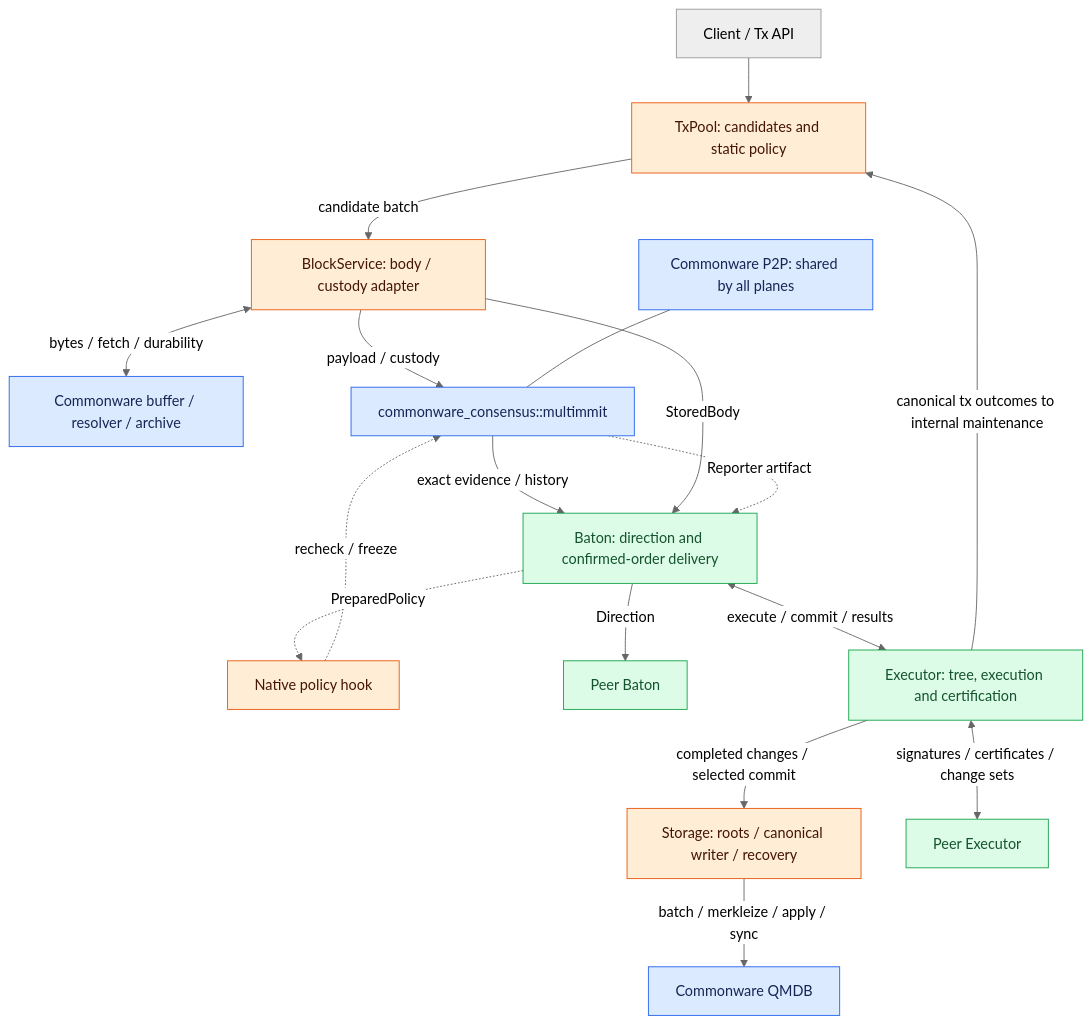
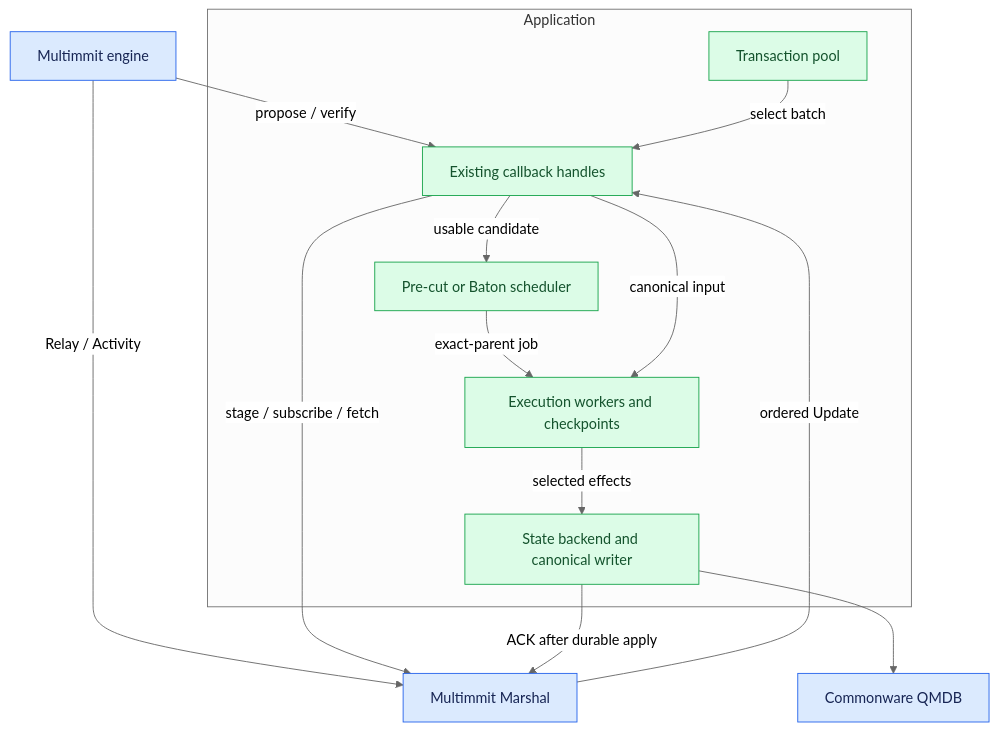
The diagram in docs/overview/architecture.md (djm07073/baton-research), drawn with Mermaid (neutral theme) before and after one commit. The commit also changed other lines of this file and 292 other files, not shown here.

Commit message:
docs: redesign Baton around App-owned scheduling

````diff
--- a/docs/overview/architecture.md
+++ b/docs/overview/architecture.md
@@ -11,25 +7,20 @@
 ```mermaid
 flowchart TB
-    C[Client / Tx API] --> T[TxPool: candidates and static policy]
-    T -->|candidate batch| B[BlockService: body / custody adapter]
-    B <-->|bytes / fetch / durability| BP[Commonware buffer / resolver / archive]
-    B -->|payload / custody| N[commonware_consensus::multimmit]
-    N -->|exact evidence / history| O[Baton: direction and confirmed-order delivery]
-    B -->|StoredBody| O
-    N -. Reporter artifact .-> O
-    O -. PreparedPolicy .-> H[Native policy hook]
-    H -. recheck / freeze .-> N
-    O -->|Direction| PE[Peer Baton]
-    O <-->|execute / commit / results| E[Executor: tree, execution and certification]
-    E -->|completed changes / selected commit| S[Storage: roots / canonical writer / recovery]
-    S -->|batch / merkleize / apply / sync| Q[Commonware QMDB]
-    E <-->|signatures / certificates / change sets| V[Peer Executor]
-    E -->|canonical tx outcomes to internal maintenance| T
-    NET[Commonware P2P: shared by all planes] --- N
+    N[Multimmit engine] -->|propose / verify| A
+    N -->|Relay / Activity| M[Multimmit Marshal]
+    M -->|ordered Update| A
+    A -->|stage / subscribe / fetch| M
+    subgraph APP[Application]
+        T[Transaction pool] -->|select batch| A[Existing callback handles]
+        A -->|usable candidate| S[Pre-cut or Baton scheduler]
+        S -->|exact-parent job| E[Execution workers and checkpoints]
+        A -->|canonical input| E
+        E -->|selected effects| W[State backend and canonical writer]
+    end
+    W -->|ACK after durable apply| M
+    W --> Q[Commonware QMDB]
     classDef reuse fill:#dbeafe,stroke:#2563eb,color:#172554;
-    classDef adapt fill:#ffedd5,stroke:#ea580c,color:#431407;
-    classDef new fill:#dcfce7,stroke:#16a34a,color:#14532d;
-    class N,NET,BP,Q reuse;
-    class T,B,H,S adapt;
-    class O,PE,E,V new;
+    classDef app fill:#dcfce7,stroke:#16a34a,color:#14532d;
+    class N,M,Q reuse;
+    class T,A,S,E,W app;
 ```
````
